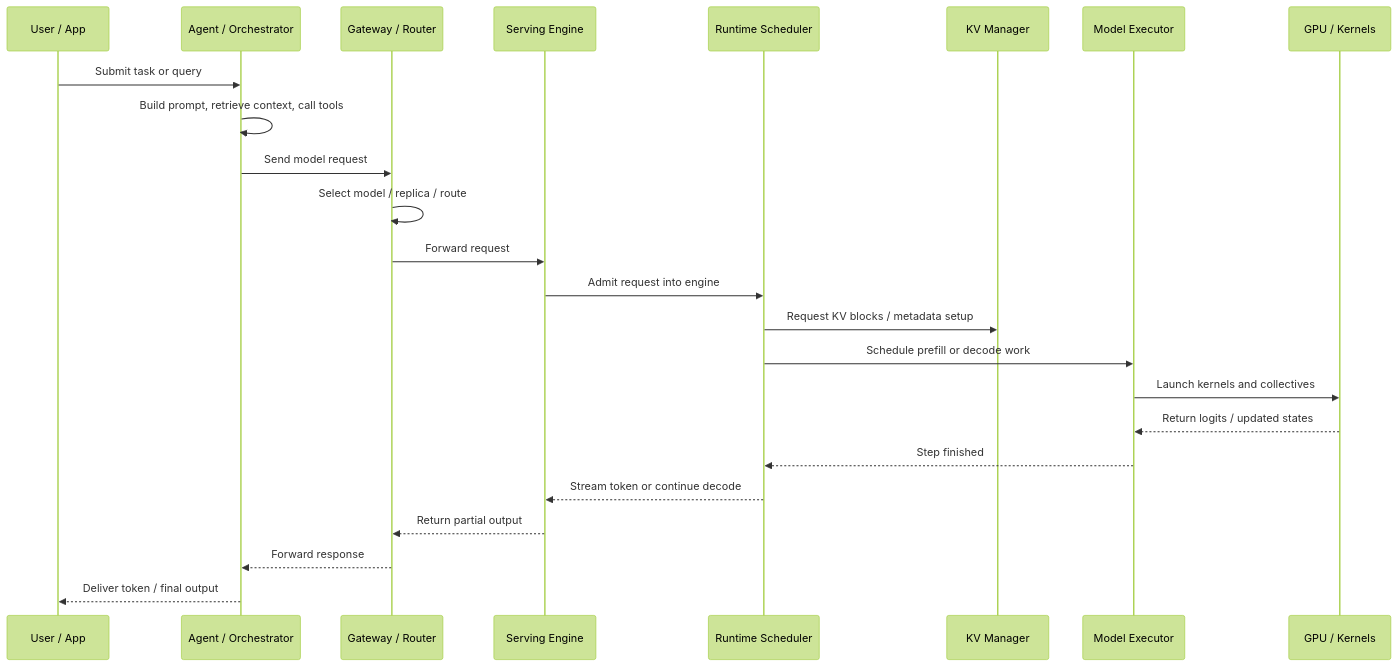
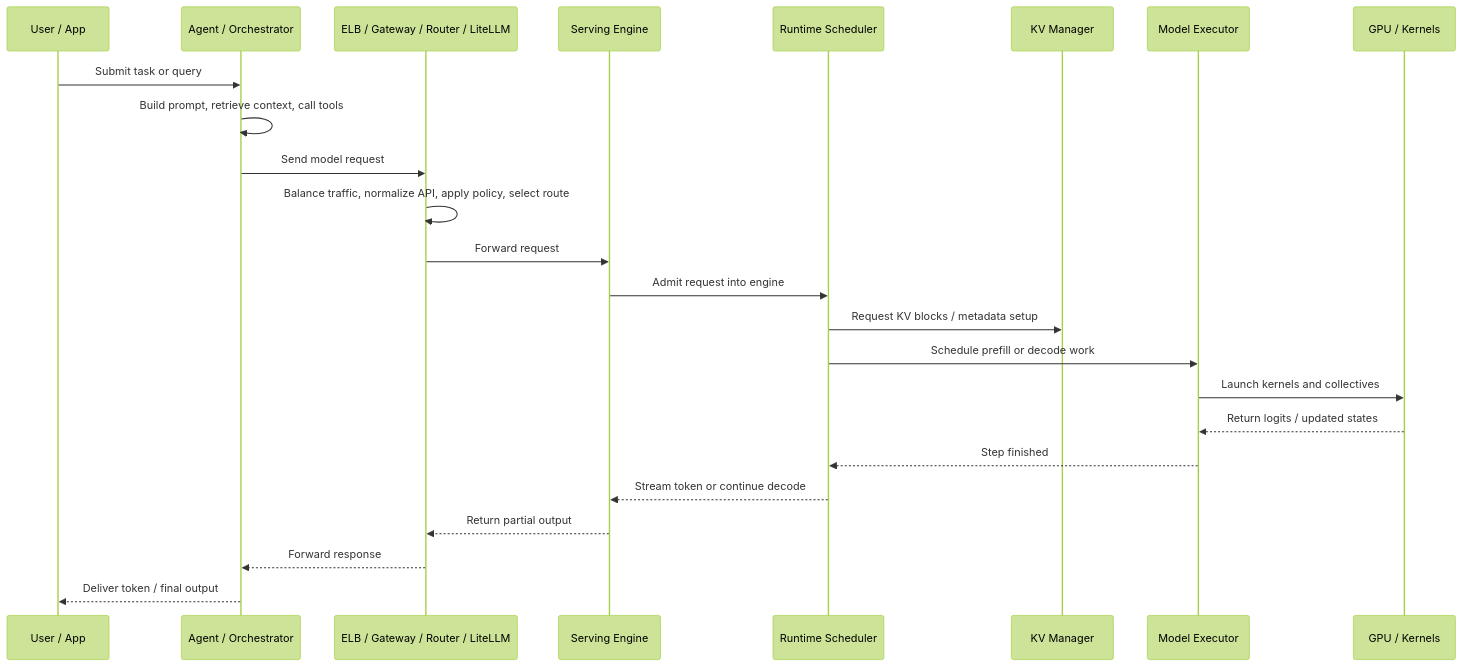
The second of 2 diagrams in docs/llms/request-lifecycle.md (XPengZhao/dl-note), drawn with Mermaid (forest theme) before and after one commit. The commit also changed other lines of this file and 36 other files, not shown here.

````diff
--- a/docs/llms/request-lifecycle.md
+++ b/docs/llms/request-lifecycle.md
@@ -101,27 +120,27 @@
 ```mermaid
 sequenceDiagram
     participant U as User / App
     participant A as Agent / Orchestrator
-    participant R as Gateway / Router
+    participant R as ELB / Gateway / Router / LiteLLM
     participant E as Serving Engine
     participant S as Runtime Scheduler
     participant K as KV Manager
     participant M as Model Executor
     participant G as GPU / Kernels
 
     U->>A: Submit task or query
     A->>A: Build prompt, retrieve context, call tools
     A->>R: Send model request
-    R->>R: Select model / replica / route
+    R->>R: Balance traffic, normalize API, apply policy, select route
     R->>E: Forward request
     E->>S: Admit request into engine
     S->>K: Request KV blocks / metadata setup
     S->>M: Schedule prefill or decode work
     M->>G: Launch kernels and collectives
     G-->>M: Return logits / updated states
     M-->>S: Step finished
     S-->>E: Stream token or continue decode
     E-->>R: Return partial output
     R-->>A: Forward response
     A-->>U: Deliver token / final output
 ```
````
